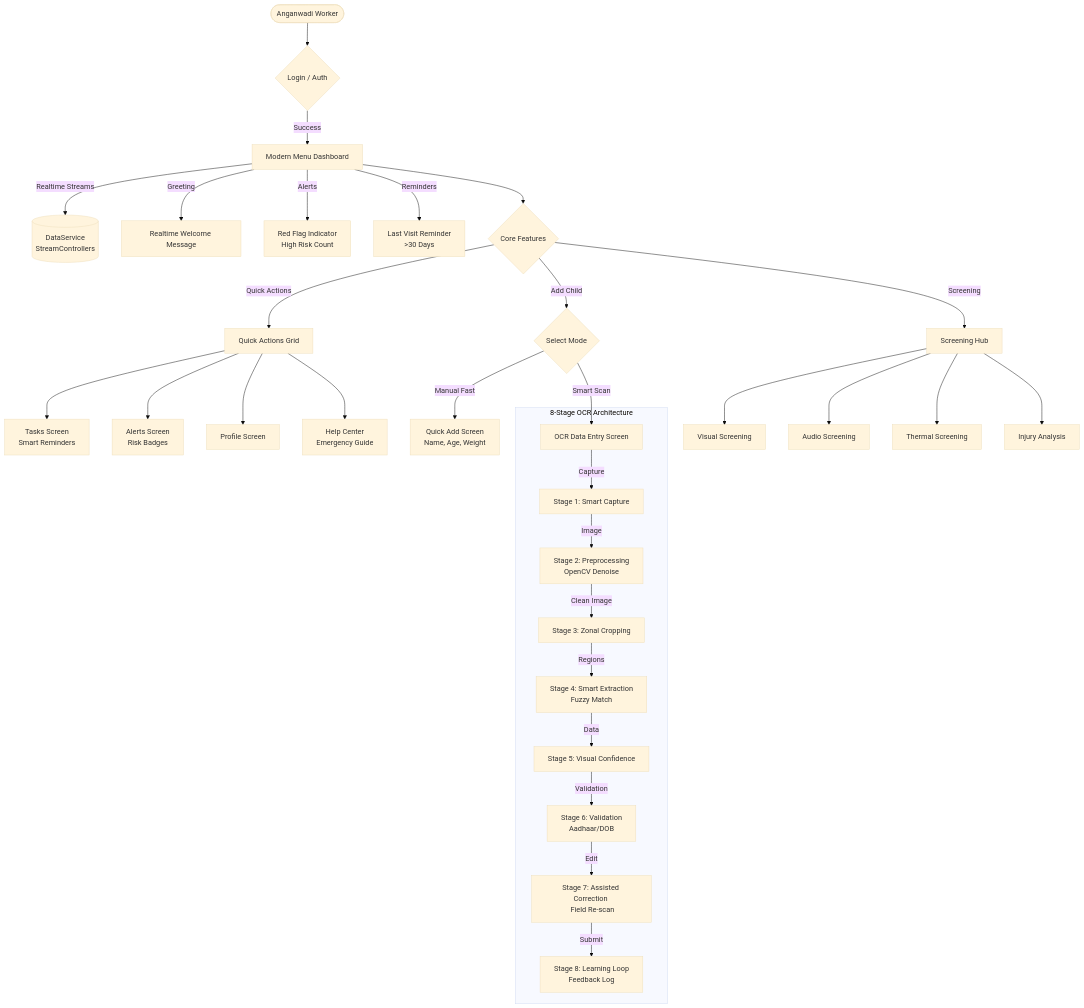
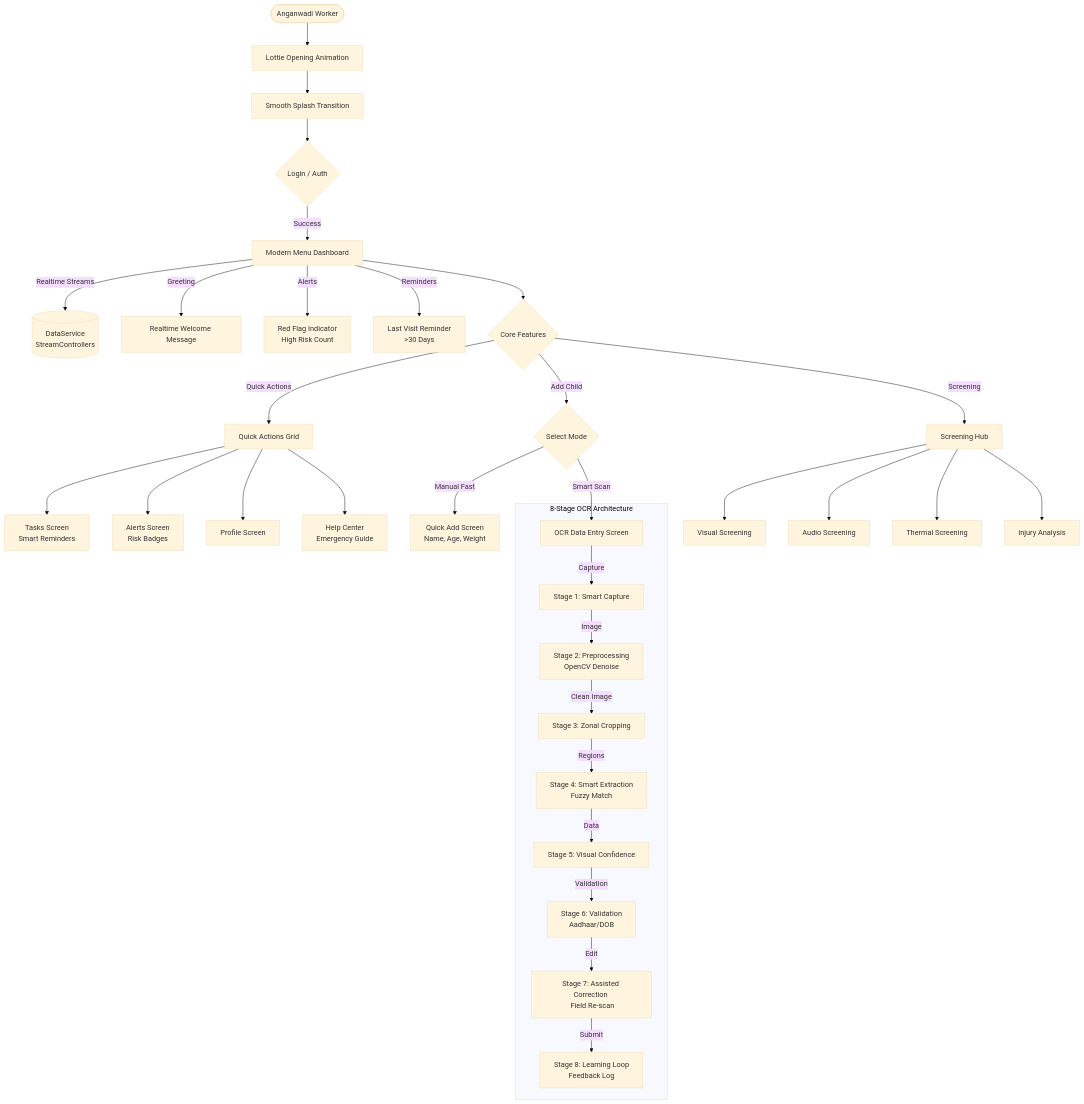
Before and after one commit to parvathi-s25/Shishu_suraksha: the diagram in README.md, drawn with Mermaid (base theme). The commit also changed other lines of this file and 16 other files, not shown here.

````diff
--- a/README.md
+++ b/README.md
@@ -17,46 +19,48 @@
 ```mermaid
 graph TD
     %% Entry Point
-    User([Anganwadi Worker]) --> Login{Login / Auth}
+    User([Anganwadi Worker]) --> Intro[Lottie Opening Animation]
+    Intro --> Splash[Smooth Splash Transition]
+    Splash --> Login{Login / Auth}
     Login -->|Success| Dashboard[Modern Menu Dashboard]
 
     %% Dashboard Components
     Dashboard -->|Realtime Streams| DataService[(DataService <br/> StreamControllers)]
     Dashboard -->|Greeting| Welcome[Realtime Welcome Message]
     Dashboard -->|Alerts| RedFlag[Red Flag Indicator <br/> High Risk Count]
     Dashboard -->|Reminders| LastVisit[Last Visit Reminder <br/> >30 Days]
 
     %% Main Features
     Dashboard --> Features{Core Features}
 
     %% Quick Actions
     Features -->|Quick Actions| QA_Grid[Quick Actions Grid]
     QA_Grid --> Tasks[Tasks Screen <br/> Smart Reminders]
     QA_Grid --> Alerts[Alerts Screen <br/> Risk Badges]
     QA_Grid --> Profile[Profile Screen]
     QA_Grid --> Help[Help Center <br/> Emergency Guide]
 
     %% Data Entry & OCR
     Features -->|Add Child| EntryMode{Select Mode}
     EntryMode -->|Manual Fast| QuickAdd[Quick Add Screen <br/> Name, Age, Weight]
     EntryMode -->|Smart Scan| OCR[OCR Data Entry Screen]
     
     %% OCR Pipeline
     subgraph OCR_Pipeline [8-Stage OCR Architecture]
         OCR -->|Capture| Camera[Stage 1: Smart Capture]
         Camera -->|Image| Preprocess[Stage 2: Preprocessing <br/> OpenCV Denoise]
         Preprocess -->|Clean Image| Zonal[Stage 3: Zonal Cropping]
         Zonal -->|Regions| Extract[Stage 4: Smart Extraction <br/> Fuzzy Match]
         Extract -->|Data| Confidence[Stage 5: Visual Confidence]
         Confidence -->|Validation| Validate[Stage 6: Validation <br/> Aadhaar/DOB]
         Validate -->|Edit| Correction[Stage 7: Assisted Correction <br/> Field Re-scan]
         Correction -->|Submit| Learning[Stage 8: Learning Loop <br/> Feedback Log]
     end
 
     %% Screening Modules
     Features -->|Screening| Screening[Screening Hub]
     Screening --> Visual[Visual Screening]
     Screening --> Audio[Audio Screening]
     Screening --> Thermal[Thermal Screening]
     Screening --> Injury[Injury Analysis]
 ```
````
